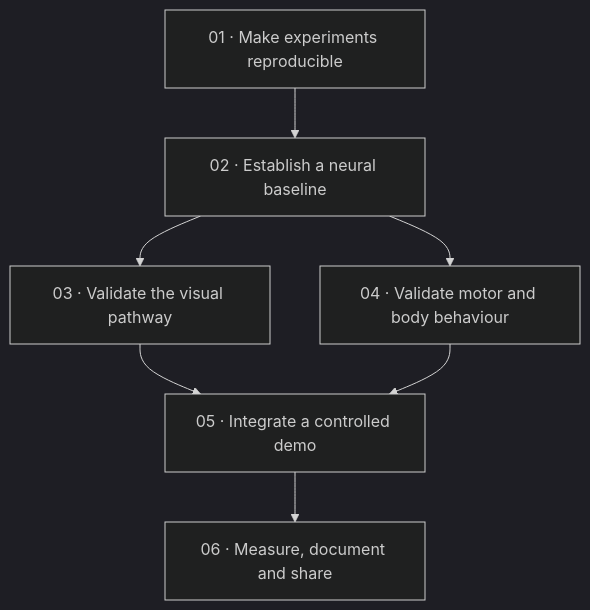
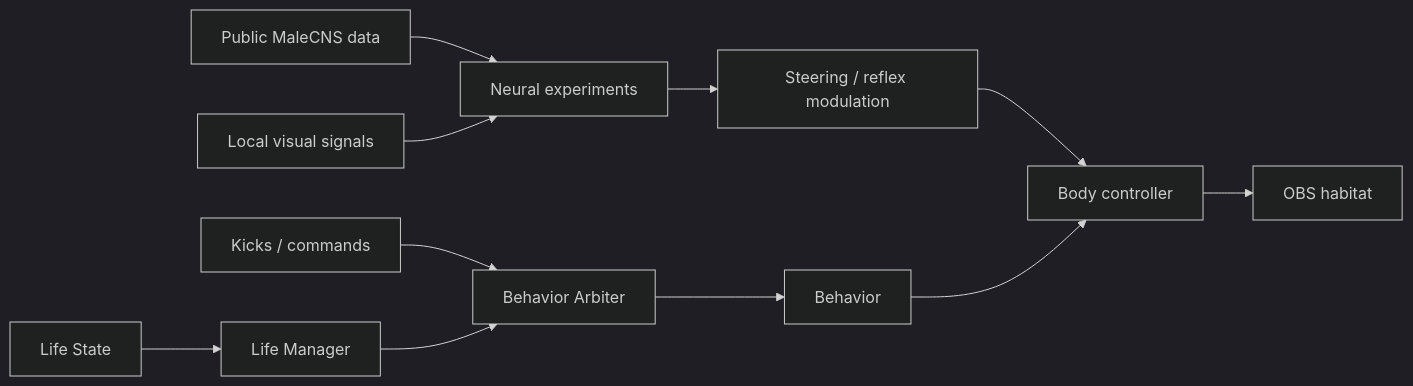
The second of 2 diagrams in README.md (Yuntrix/MaleCNS-Lab), drawn with Mermaid (dark theme) before and after one commit. The commit also changed other lines of this file, not shown here.

````diff
--- a/README.md
+++ b/README.md
@@ -60,9 +526,15 @@
 ```mermaid
-flowchart TD
-    A["01 · Make experiments reproducible"] --> B["02 · Establish a neural baseline"]
-    B --> C["03 · Validate the visual pathway"]
-    B --> D["04 · Validate motor and body behaviour"]
-    C --> E["05 · Integrate a controlled demo"]
-    D --> E
-    E --> F["06 · Measure, document and share"]
+flowchart LR
+    D["Public MaleCNS data"] --> N["Neural experiments"]
+    V["Local visual signals"] --> N
+    N --> R["Steering / reflex modulation"]
+
+    LS["Life State"] --> LM["Life Manager"]
+    E["Kicks / commands"] --> A["Behavior Arbiter"]
+    LM --> A
+    A --> B["Behavior"]
+
+    R --> BODY["Body controller"]
+    B --> BODY
+    BODY --> OBS["OBS habitat"]
 ```
````
